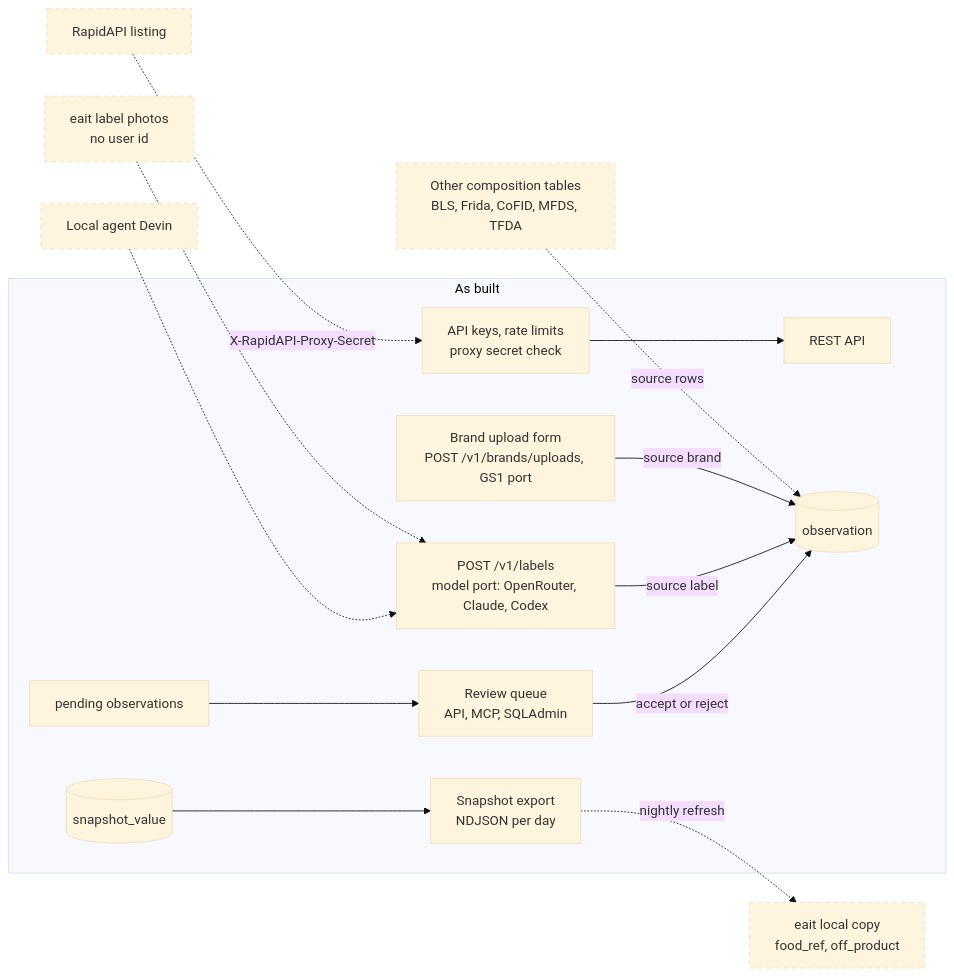
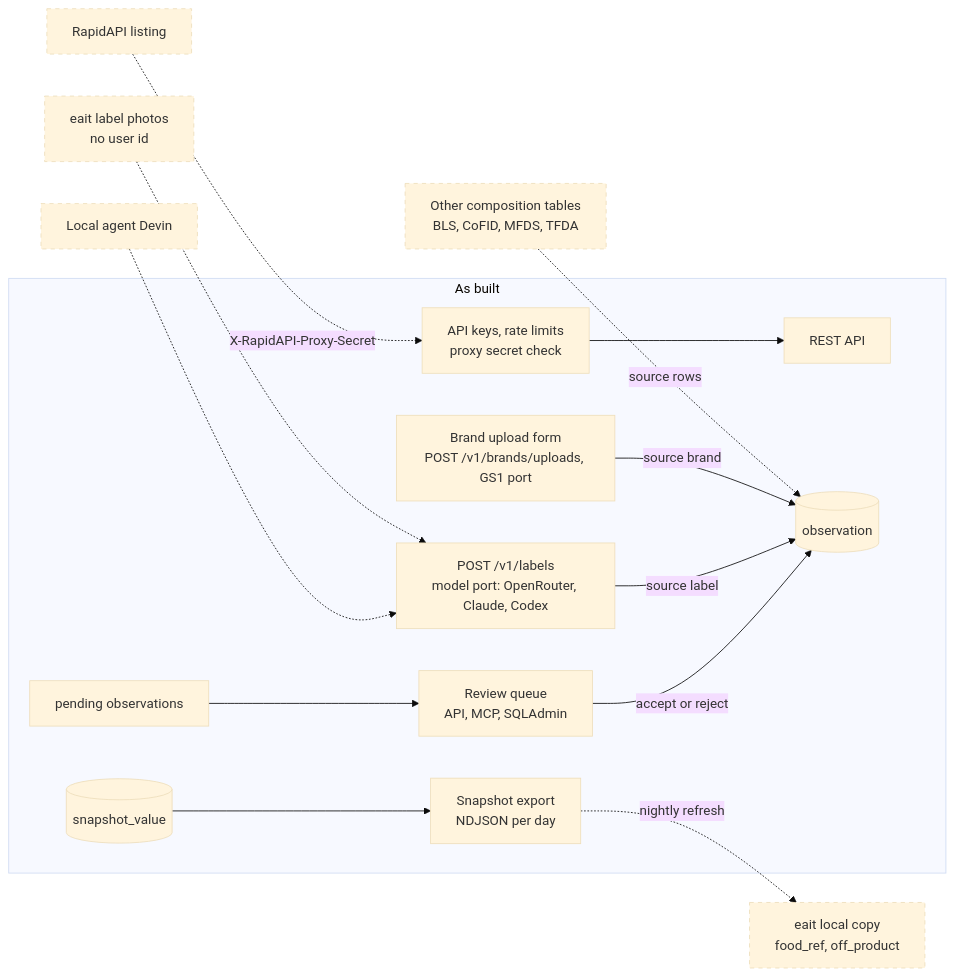
Diagram 19 of 19 in docs/architecture.md (eait-fit/fooddb), drawn with Mermaid (base theme) before and after one commit. The commit also changed other lines of this file and 15 other files, not shown here.

First line of the commit message:
feat: Frida (Denmark, DTU) composition table intake (#54)

````diff
--- a/docs/architecture.md
+++ b/docs/architecture.md
@@ -1426,32 +1434,32 @@
 ```mermaid
 flowchart LR
     subgraph built["As built"]
         api["REST API"]
         auth["API keys, rate limits<br/>proxy secret check"]
         obs[("observation")]
         pend["pending observations"]
         review["Review queue<br/>API, MCP, SQLAdmin"]
         snap[("snapshot_value")]
         exp["Snapshot export<br/>NDJSON per day"]
         labels["POST /v1/labels<br/>model port: OpenRouter, Claude, Codex"]
         brand["Brand upload form<br/>POST /v1/brands/uploads, GS1 port"]
     end
-    tables["Other composition tables<br/>BLS, Frida, CoFID, MFDS, TFDA"]
+    tables["Other composition tables<br/>BLS, CoFID, MFDS, TFDA"]
     eaitp["eait label photos<br/>no user id"]
     devin["Local agent Devin"]
     listing["RapidAPI listing"]
     eaitc["eait local copy<br/>food_ref, off_product"]
     tables -.->|"source rows"| obs
     brand -->|"source brand"| obs
     eaitp -.-> labels
     devin -.-> labels
     labels -->|"source label"| obs
     pend --> review
     review -->|"accept or reject"| obs
     listing -.->|"X-RapidAPI-Proxy-Secret"| auth
     auth --> api
     snap --> exp
     exp -.->|"nightly refresh"| eaitc
     classDef planned stroke-dasharray: 5 5
     class tables,eaitp,devin,listing,eaitc planned
 ```
````
